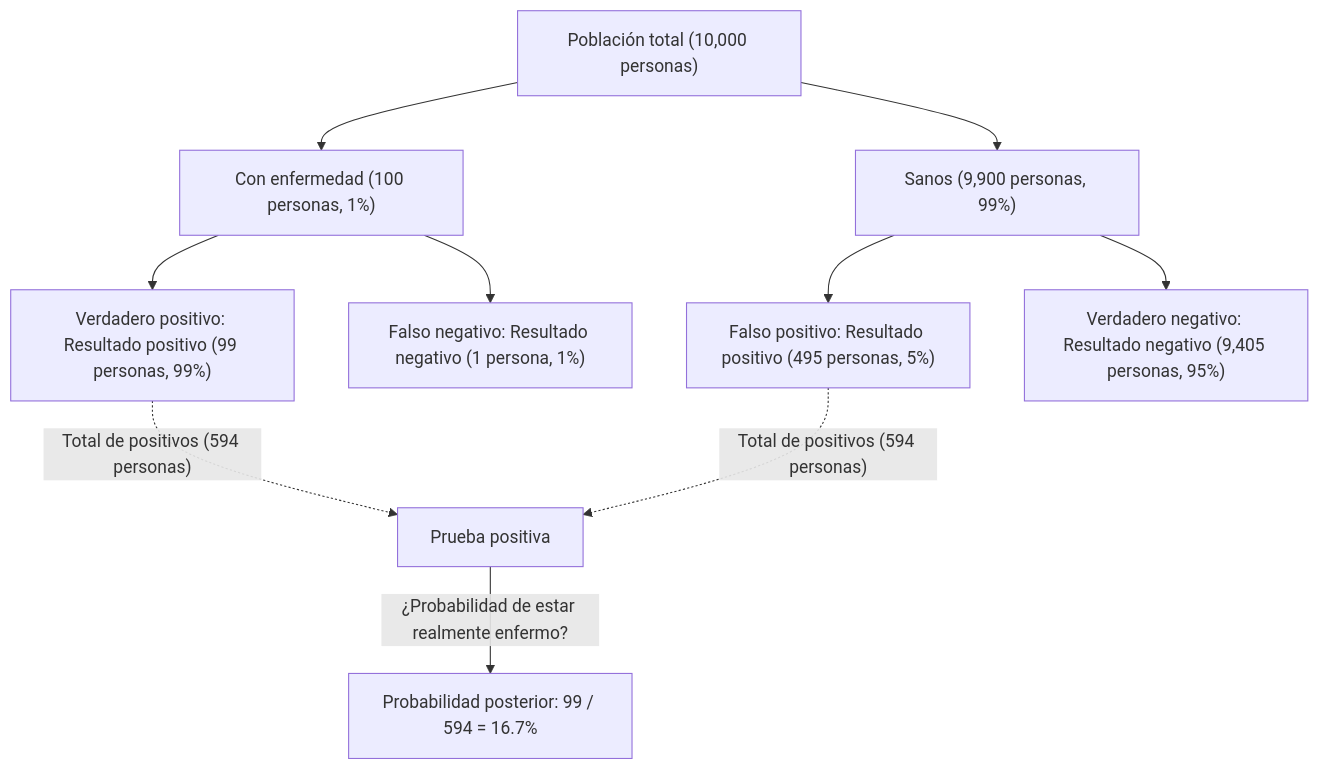
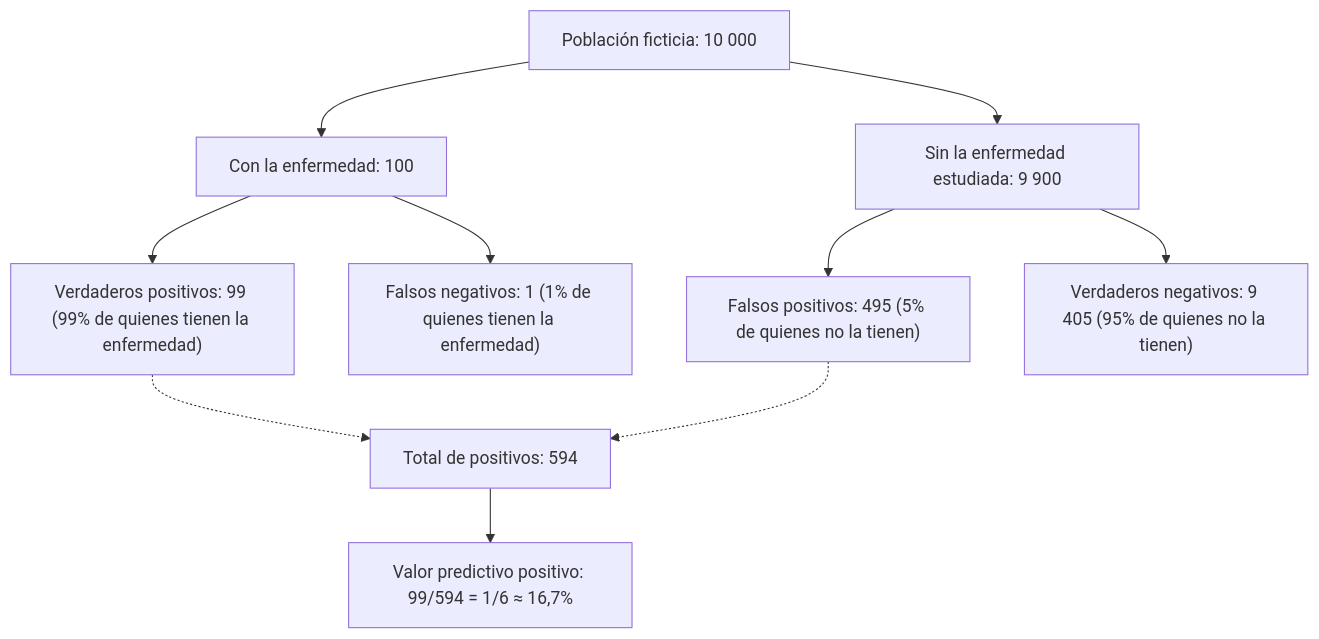
Before and after one commit to kenjinote/blog: the first of 2 diagrams in content/post/bayes-theorem/index.es.md, drawn with Mermaid. The commit also changed other lines of this file and 8 other files, not shown here.

````diff
--- a/content/post/bayes-theorem/index.es.md
+++ b/content/post/bayes-theorem/index.es.md
@@ -83,16 +114,12 @@
 ```mermaid
 flowchart TD
-    Population["Población total (10,000 personas)"] --> Disease["Con enfermedad (100 personas, 1%)"]
-    Population --> Healthy["Sanos (9,900 personas, 99%)"]
-    
-    Disease --> TruePositive["Verdadero positivo: Resultado positivo (99 personas, 99%)"]
-    Disease --> FalseNegative["Falso negativo: Resultado negativo (1 persona, 1%)"]
-    
-    Healthy --> FalsePositive["Falso positivo: Resultado positivo (495 personas, 5%)"]
-    Healthy --> TrueNegative["Verdadero negativo: Resultado negativo (9,405 personas, 95%)"]
-
-    TruePositive -.->|"Total de positivos (594 personas)"| AllPositives["Prueba positiva"]
-    FalsePositive -.->|"Total de positivos (594 personas)"| AllPositives
-    
-    AllPositives -->|"¿Probabilidad de estar realmente enfermo?"| Posterior["Probabilidad posterior: 99 / 594 = 16.7%"]
+    Population["Población ficticia: 10 000"] --> Disease["Con la enfermedad: 100"]
+    Population --> NoDisease["Sin la enfermedad estudiada: 9 900"]
+    Disease --> TP["Verdaderos positivos: 99 (99% de quienes tienen la enfermedad)"]
+    Disease --> FN["Falsos negativos: 1 (1% de quienes tienen la enfermedad)"]
+    NoDisease --> FP["Falsos positivos: 495 (5% de quienes no la tienen)"]
+    NoDisease --> TN["Verdaderos negativos: 9 405 (95% de quienes no la tienen)"]
+    TP -.-> AllPositive["Total de positivos: 594"]
+    FP -.-> AllPositive
+    AllPositive --> PPV["Valor predictivo positivo: 99/594 = 1/6 ≈ 16,7%"]
 ```
````
